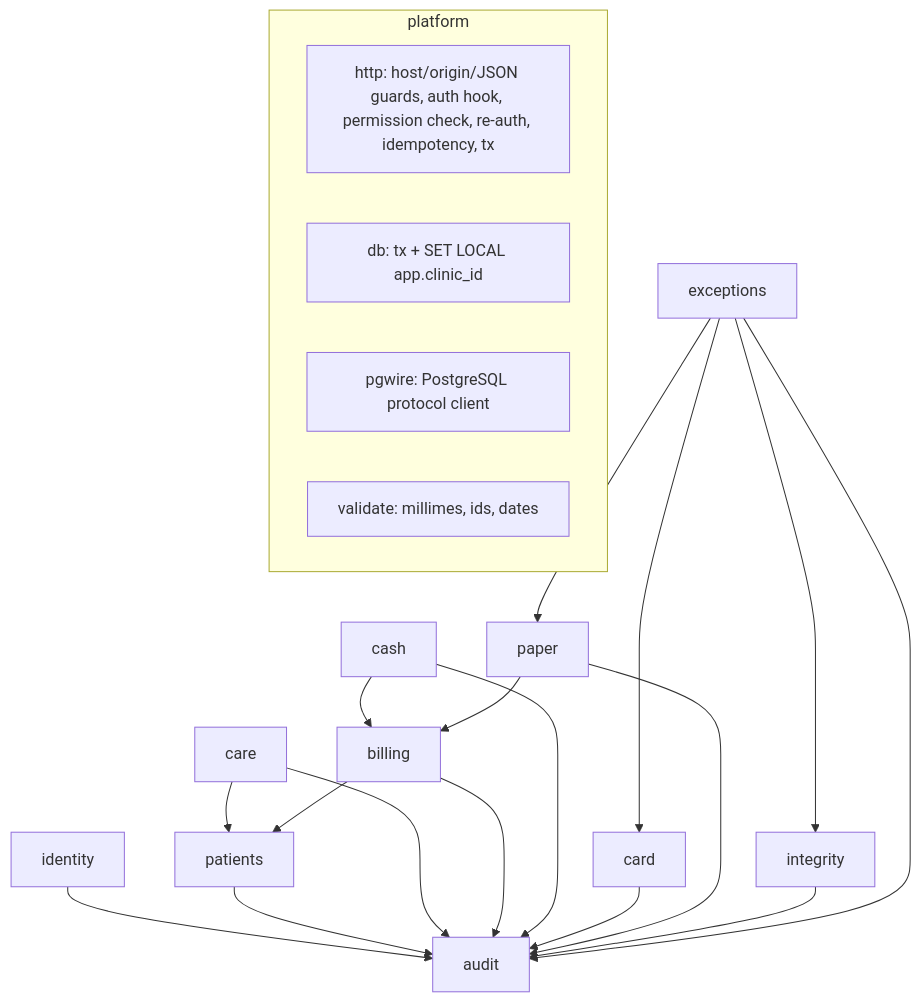
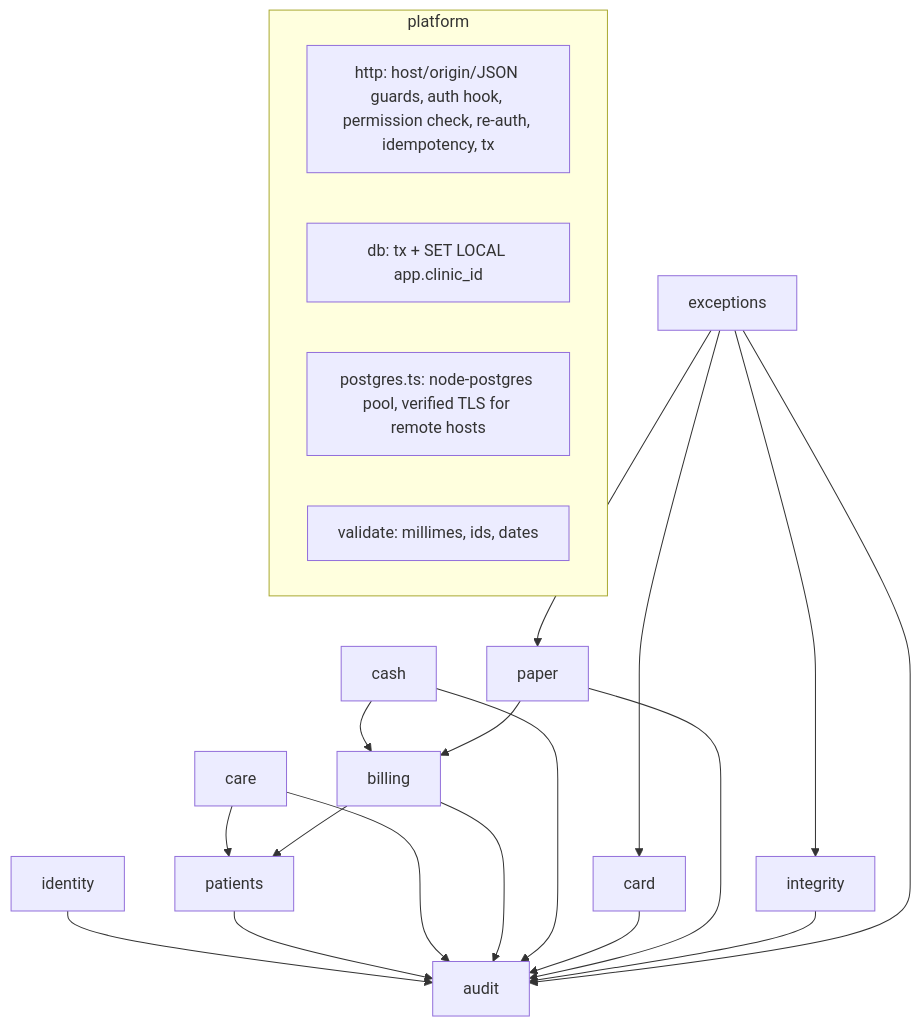
One commit to EzzeddineAlimi/ezz-clinic-app changed the diagram in docs/architecture/architecture.md. Above: the diagram before and after it, drawn with Mermaid. The commit also changed 10 other files, not shown here.

````diff
--- a/docs/architecture/architecture.md
+++ b/docs/architecture/architecture.md
@@ -29,25 +29,25 @@
 ```mermaid
 graph TD
   subgraph platform
     HTTP[http: host/origin/JSON guards, auth hook, permission check, re-auth, idempotency, tx]
     DB[db: tx + SET LOCAL app.clinic_id]
-    PG[pgwire: PostgreSQL protocol client]
+    PG[postgres.ts: node-postgres pool, verified TLS for remote hosts]
     VAL[validate: millimes, ids, dates]
   end
   identity --> audit
   patients --> audit
   care --> audit
   care --> patients
   billing --> audit
   billing --> patients
   cash --> billing
   cash --> audit
   card --> audit
   paper --> billing
   paper --> audit
   integrity --> audit
   exceptions --> card
   exceptions --> paper
   exceptions --> integrity
   exceptions --> audit
 ```
````
